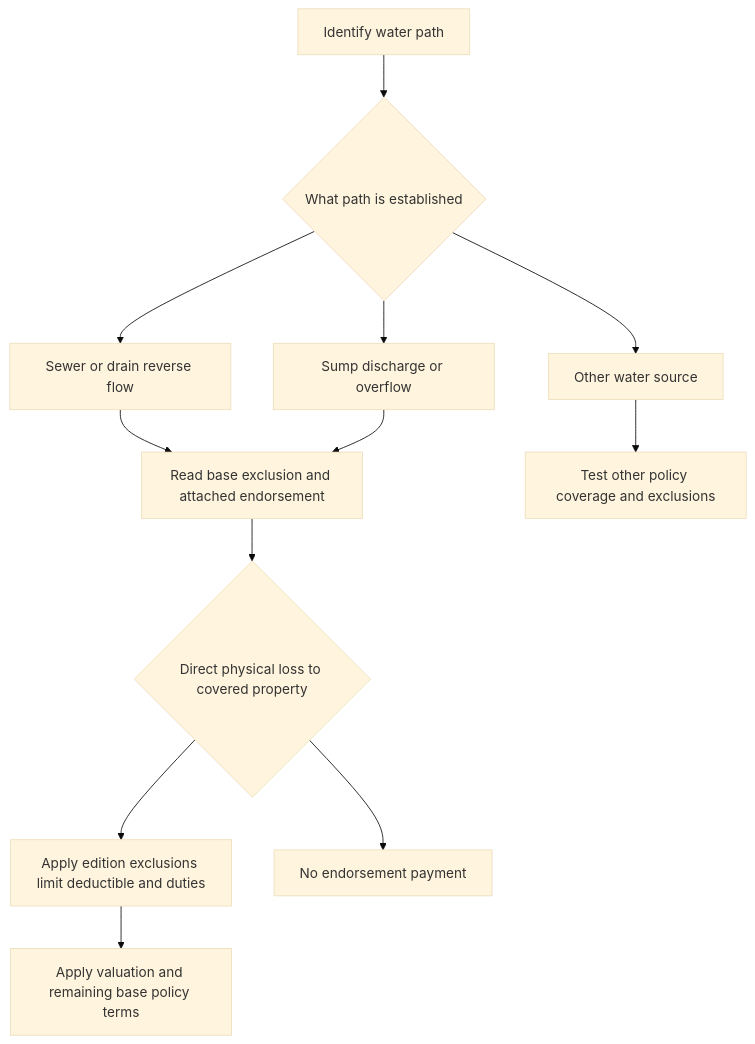
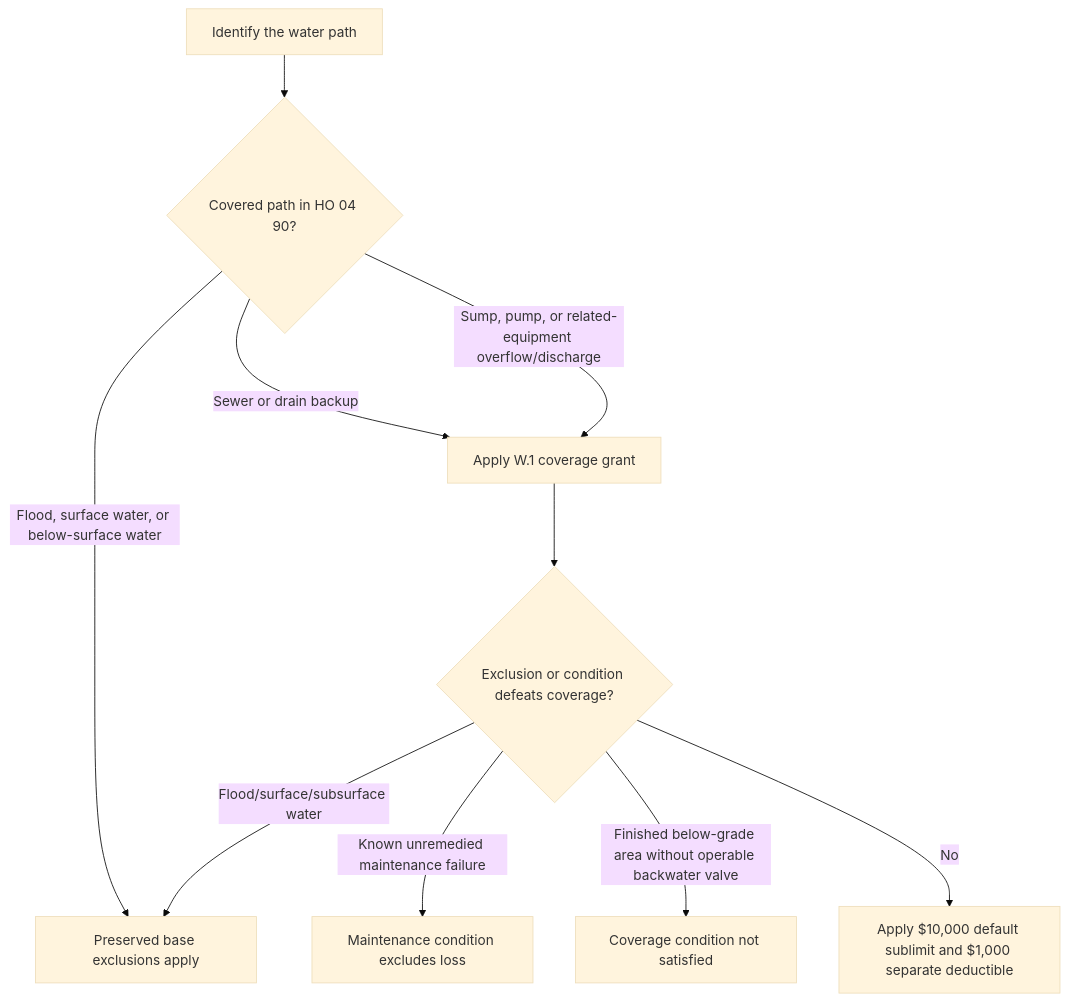
The diagram in openwiki/coverage/perils/water-backup.md (langchain-samples/openwiki-insurance-corpus), drawn with Mermaid (base theme) before and after one commit. The commit also changed other lines of this file and 16 other files, not shown here.

````diff
--- a/openwiki/coverage/perils/water-backup.md
+++ b/openwiki/coverage/perils/water-backup.md
@@ -52,14 +33,12 @@
 ```mermaid
 flowchart TD
-  A["Identify water path"] --> B{"What path is established"}
-  B --> C["Sewer or drain reverse flow"]
-  B --> D["Sump discharge or overflow"]
-  B --> E["Other water source"]
-  C --> F["Read base exclusion and attached endorsement"]
-  D --> F
-  E --> G["Test other policy coverage and exclusions"]
-  F --> H{"Direct physical loss to covered property"}
-  H --> I["Apply edition exclusions limit deductible and duties"]
-  H --> J["No endorsement payment"]
-  I --> K["Apply valuation and remaining base policy terms"]
+  A[Identify the water path] --> B{Covered path in HO 04 90?}
+  B -->|Sewer or drain backup| C[Apply W.1 coverage grant]
+  B -->|Sump, pump, or related-equipment overflow/discharge| C
+  B -->|Flood, surface water, or below-surface water| D[Preserved base exclusions apply]
+  C --> E{Exclusion or condition defeats coverage?}
+  E -->|Flood/surface/subsurface water| D
+  E -->|Known unremedied maintenance failure| F[Maintenance condition excludes loss]
+  E -->|Finished below-grade area without operable backwater valve| G[Coverage condition not satisfied]
+  E -->|No| H[Apply $10,000 default sublimit and $1,000 separate deductible]
 ```
````
